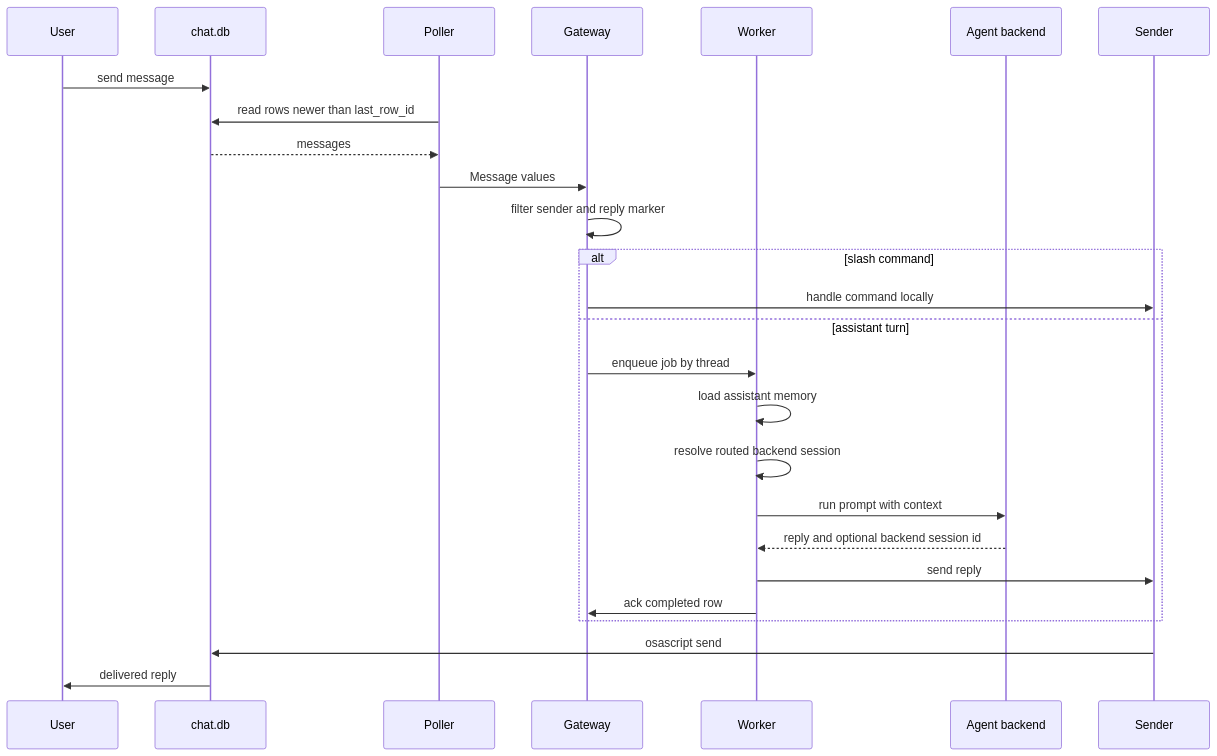
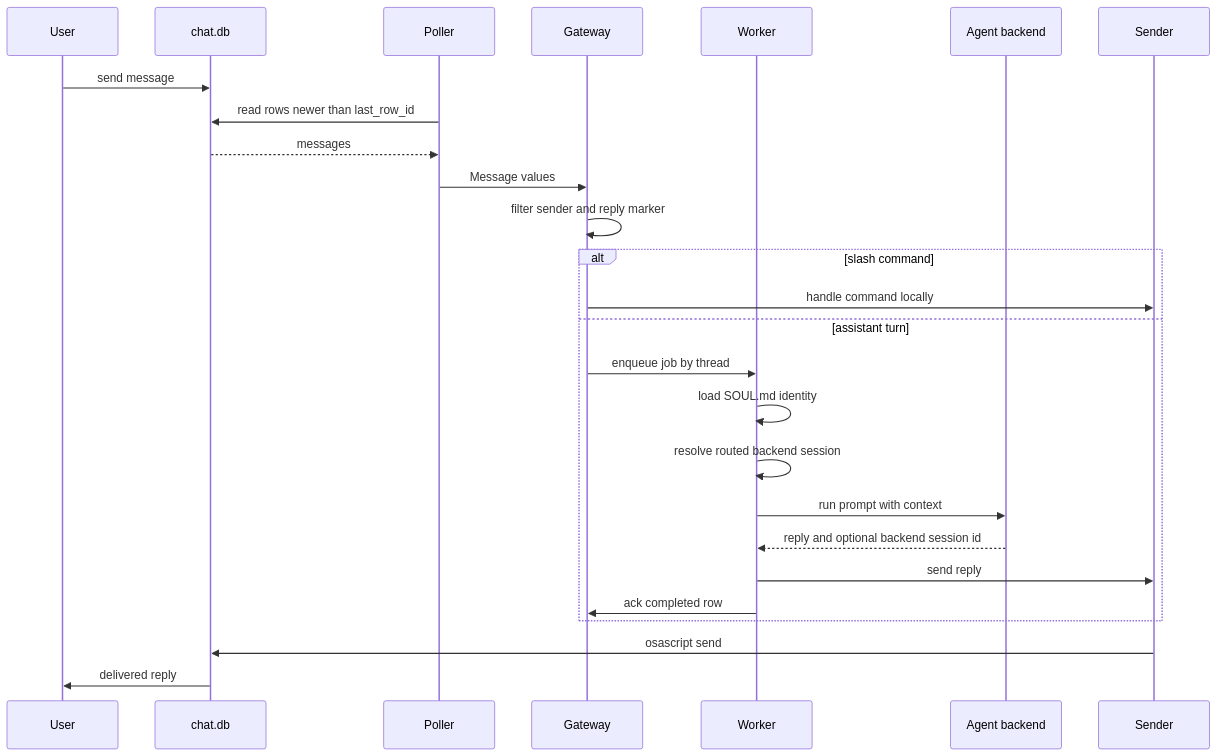
Before and after one commit to edheltzel/Relay: the second of 2 diagrams in docs/architecture.md, drawn with Mermaid. The commit also changed other lines of this file and 17 other files, not shown here.

Commit message:
feat: use SOUL.md for assistant identity (#57)

````diff
--- a/docs/architecture.md
+++ b/docs/architecture.md
@@ -81,29 +80,29 @@
 ```mermaid
 sequenceDiagram
     participant U as User
     participant DB as chat.db
     participant P as Poller
     participant G as Gateway
     participant W as Worker
     participant A as Agent backend
     participant S as Sender
 
     U->>DB: send message
     P->>DB: read rows newer than last_row_id
     DB-->>P: messages
     P->>G: Message values
     G->>G: filter sender and reply marker
     alt slash command
         G->>S: handle command locally
     else assistant turn
         G->>W: enqueue job by thread
-        W->>W: load assistant memory
+        W->>W: load SOUL.md identity
         W->>W: resolve routed backend session
         W->>A: run prompt with context
         A-->>W: reply and optional backend session id
         W->>S: send reply
         W->>G: ack completed row
     end
     S->>DB: osascript send
     DB->>U: delivered reply
 ```
````
